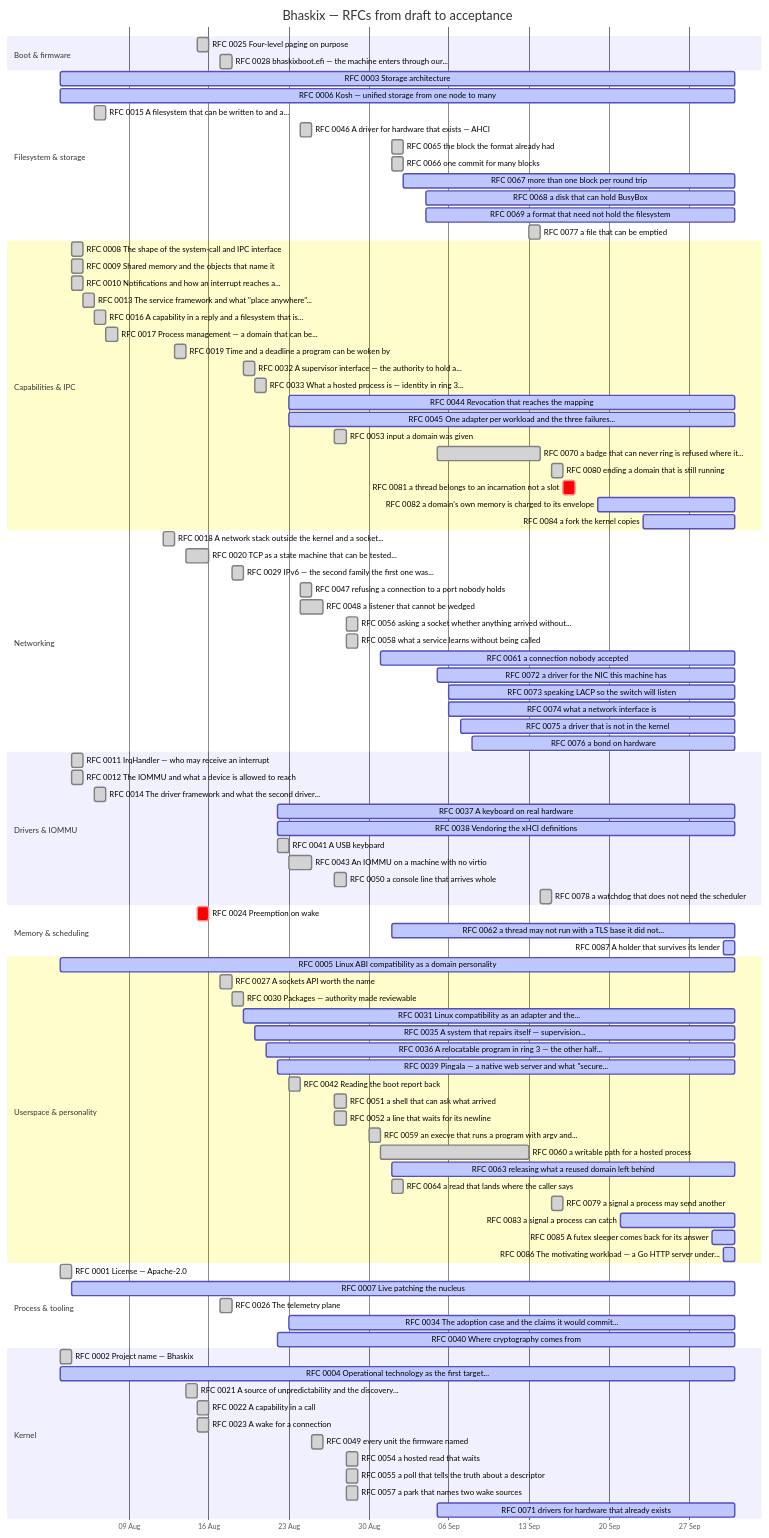
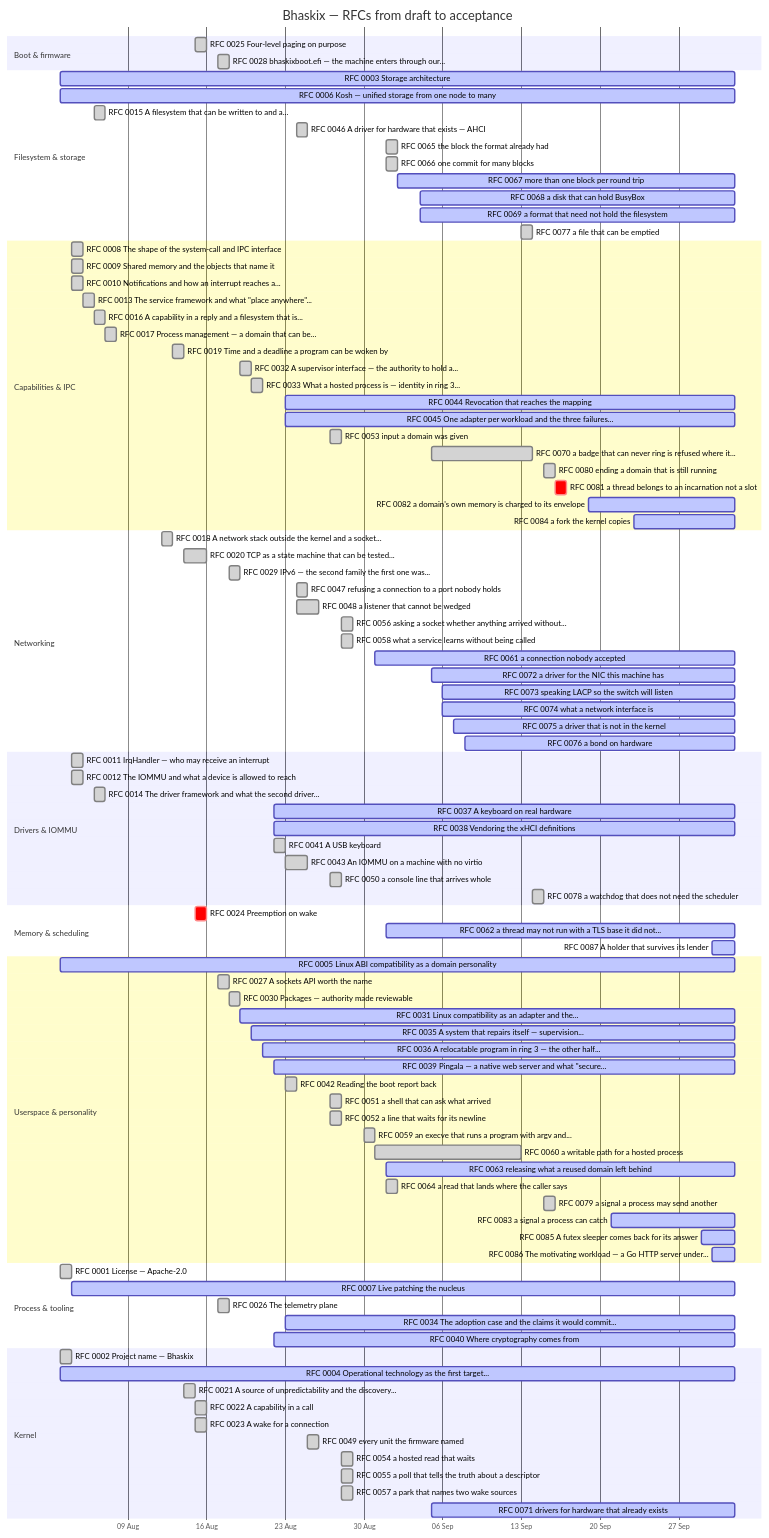
One commit to bhaskix/bhaskix changed the diagram in docs/progress.md. Above: the diagram before and after it, drawn with Mermaid. The commit also changed other lines of this file and 5 other files, not shown here.

First line of the commit message:
kernel: the Go server's calls, counted by number (RFC 0086)

````diff
--- a/docs/progress.md
+++ b/docs/progress.md
@@ -31,15 +31,15 @@
     RFC 0025 Four-level paging on purpose :done, r0025, 2026-08-15, 2026-08-16
     RFC 0028 bhaskixboot.efi — the machine enters through our... :done, r0028, 2026-08-17, 2026-08-18
     section Filesystem & storage
-    RFC 0003 Storage architecture :active, r0003, 2026-08-03, 2026-10-01
-    RFC 0006 Kosh — unified storage from one node to many :active, r0006, 2026-08-03, 2026-10-01
+    RFC 0003 Storage architecture :active, r0003, 2026-08-03, 2026-10-02
+    RFC 0006 Kosh — unified storage from one node to many :active, r0006, 2026-08-03, 2026-10-02
     RFC 0015 A filesystem that can be written to and a... :done, r0015, 2026-08-06, 1d
     RFC 0046 A driver for hardware that exists — AHCI :done, r0046, 2026-08-24, 1d
     RFC 0065 the block the format already had :done, r0065, 2026-09-01, 1d
     RFC 0066 one commit for many blocks :done, r0066, 2026-09-01, 1d
-    RFC 0067 more than one block per round trip :active, r0067, 2026-09-02, 2026-10-01
-    RFC 0068 a disk that can hold BusyBox :active, r0068, 2026-09-04, 2026-10-01
-    RFC 0069 a format that need not hold the filesystem :active, r0069, 2026-09-04, 2026-10-01
+    RFC 0067 more than one block per round trip :active, r0067, 2026-09-02, 2026-10-02
+    RFC 0068 a disk that can hold BusyBox :active, r0068, 2026-09-04, 2026-10-02
+    RFC 0069 a format that need not hold the filesystem :active, r0069, 2026-09-04, 2026-10-02
     RFC 0077 a file that can be emptied :done, r0077, 2026-09-13, 1d
     section Capabilities & IPC
     RFC 0008 The shape of the system-call and IPC interface :done, r0008, 2026-08-04, 1d
@@ -51,14 +51,14 @@
     RFC 0019 Time and a deadline a program can be woken by :done, r0019, 2026-08-13, 2026-08-14
     RFC 0032 A supervisor interface — the authority to hold a... :done, r0032, 2026-08-19, 2026-08-20
     RFC 0033 What a hosted process is — identity in ring 3... :done, r0033, 2026-08-20, 1d
-    RFC 0044 Revocation that reaches the mapping :active, r0044, 2026-08-23, 2026-10-01
-    RFC 0045 One adapter per workload and the three failures... :active, r0045, 2026-08-23, 2026-10-01
+    RFC 0044 Revocation that reaches the mapping :active, r0044, 2026-08-23, 2026-10-02
+    RFC 0045 One adapter per workload and the three failures... :active, r0045, 2026-08-23, 2026-10-02
     RFC 0053 input a domain was given :done, r0053, 2026-08-27, 1d
     RFC 0070 a badge that can never ring is refused where it... :done, r0070, 2026-09-05, 2026-09-14
     RFC 0080 ending a domain that is still running :done, r0080, 2026-09-15, 1d
     RFC 0081 a thread belongs to an incarnation not a slot :crit, r0081, 2026-09-16, 1d
-    RFC 0082 a domain's own memory is charged to its envelope :active, r0082, 2026-09-19, 2026-10-01
-    RFC 0084 a fork the kernel copies :active, r0084, 2026-09-23, 2026-10-01
+    RFC 0082 a domain's own memory is charged to its envelope :active, r0082, 2026-09-19, 2026-10-02
+    RFC 0084 a fork the kernel copies :active, r0084, 2026-09-23, 2026-10-02
     section Networking
     RFC 0018 A network stack outside the kernel and a socket... :done, r0018, 2026-08-12, 2026-08-13
     RFC 0020 TCP as a state machine that can be tested... :done, r0020, 2026-08-14, 2026-08-16
@@ -67,54 +67,54 @@
     RFC 0048 a listener that cannot be wedged :done, r0048, 2026-08-24, 2026-08-26
     RFC 0056 asking a socket whether anything arrived without... :done, r0056, 2026-08-28, 1d
     RFC 0058 what a service learns without being called :done, r0058, 2026-08-28, 1d
-    RFC 0061 a connection nobody accepted :active, r0061, 2026-08-31, 2026-10-01
-    RFC 0072 a driver for the NIC this machine has :active, r0072, 2026-09-05, 2026-10-01
-    RFC 0073 speaking LACP so the switch will listen :active, r0073, 2026-09-06, 2026-10-01
-    RFC 0074 what a network interface is :active, r0074, 2026-09-06, 2026-10-01
-    RFC 0075 a driver that is not in the kernel :active, r0075, 2026-09-07, 2026-10-01
-    RFC 0076 a bond on hardware :active, r0076, 2026-09-08, 2026-10-01
+    RFC 0061 a connection nobody accepted :active, r0061, 2026-08-31, 2026-10-02
+    RFC 0072 a driver for the NIC this machine has :active, r0072, 2026-09-05, 2026-10-02
+    RFC 0073 speaking LACP so the switch will listen :active, r0073, 2026-09-06, 2026-10-02
+    RFC 0074 what a network interface is :active, r0074, 2026-09-06, 2026-10-02
+    RFC 0075 a driver that is not in the kernel :active, r0075, 2026-09-07, 2026-10-02
+    RFC 0076 a bond on hardware :active, r0076, 2026-09-08, 2026-10-02
     section Drivers & IOMMU
     RFC 0011 IrqHandler — who may receive an interrupt :done, r0011, 2026-08-04, 1d
     RFC 0012 The IOMMU and what a device is allowed to reach :done, r0012, 2026-08-04, 1d
     RFC 0014 The driver framework and what the second driver... :done, r0014, 2026-08-06, 1d
-    RFC 0037 A keyboard on real hardware :active, r0037, 2026-08-22, 2026-10-01
-    RFC 0038 Vendoring the xHCI definitions :active, r0038, 2026-08-22, 2026-10-01
+    RFC 0037 A keyboard on real hardware :active, r0037, 2026-08-22, 2026-10-02
+    RFC 0038 Vendoring the xHCI definitions :active, r0038, 2026-08-22, 2026-10-02
     RFC 0041 A USB keyboard :done, r0041, 2026-08-22, 2026-08-23
     RFC 0043 An IOMMU on a machine with no virtio :done, r0043, 2026-08-23, 2026-08-25
     RFC 0050 a console line that arrives whole :done, r0050, 2026-08-27, 1d
     RFC 0078 a watchdog that does not need the scheduler :done, r0078, 2026-09-14, 2026-09-15
     section Memory & scheduling
     RFC 0024 Preemption on wake :crit, r0024, 2026-08-15, 1d
-    RFC 0062 a thread may not run with a TLS base it did not... :active, r0062, 2026-09-01, 2026-10-01
-    RFC 0087 A holder that survives its lender :active, r0087, 2026-09-30, 2026-10-01
+    RFC 0062 a thread may not run with a TLS base it did not... :active, r0062, 2026-09-01, 2026-10-02
+    RFC 0087 A holder that survives its lender :active, r0087, 2026-09-30, 2026-10-02
     section Userspace & personality
-    RFC 0005 Linux ABI compatibility as a domain personality :active, r0005, 2026-08-03, 2026-10-01
+    RFC 0005 Linux ABI compatibility as a domain personality :active, r0005, 2026-08-03, 2026-10-02
     RFC 0027 A sockets API worth the name :done, r0027, 2026-08-17, 1d
     RFC 0030 Packages — authority made reviewable :done, r0030, 2026-08-18, 2026-08-19
-    RFC 0031 Linux compatibility as an adapter and the... :active, r0031, 2026-08-19, 2026-10-01
-    RFC 0035 A system that repairs itself — supervision... :active, r0035, 2026-08-20, 2026-10-01
-    RFC 0036 A relocatable program in ring 3 — the other half... :active, r0036, 2026-08-21, 2026-10-01
-    RFC 0039 Pingala — a native web server and what "secure... :active, r0039, 2026-08-22, 2026-10-01
+    RFC 0031 Linux compatibility as an adapter and the... :active, r0031, 2026-08-19, 2026-10-02
+    RFC 0035 A system that repairs itself — supervision... :active, r0035, 2026-08-20, 2026-10-02
+    RFC 0036 A relocatable program in ring 3 — the other half... :active, r0036, 2026-08-21, 2026-10-02
+    RFC 0039 Pingala — a native web server and what "secure... :active, r0039, 2026-08-22, 2026-10-02
     RFC 0042 Reading the boot report back :done, r0042, 2026-08-23, 1d
     RFC 0051 a shell that can ask what arrived :done, r0051, 2026-08-27, 1d
     RFC 0052 a line that waits for its newline :done, r0052, 2026-08-27, 1d
     RFC 0059 an execve that runs a program with argv and... :done, r0059, 2026-08-30, 1d
     RFC 0060 a writable path for a hosted process :done, r0060, 2026-08-31, 2026-09-13
-    RFC 0063 releasing what a reused domain left behind :active, r0063, 2026-09-01, 2026-10-01
+    RFC 0063 releasing what a reused domain left behind :active, r0063, 2026-09-01, 2026-10-02
     RFC 0064 a read that lands where the caller says :done, r0064, 2026-09-01, 1d
     RFC 0079 a signal a process may send another :done, r0079, 2026-09-15, 1d
-    RFC 0083 a signal a process can catch :active, r0083, 2026-09-21, 2026-10-01
-    RFC 0085 A futex sleeper comes back for its answer :active, r0085, 2026-09-29, 2026-10-01
-    RFC 0086 The motivating workload — a Go HTTP server under... :active, r0086, 2026-09-30, 2026-10-01
+    RFC 0083 a signal a process can catch :active, r0083, 2026-09-21, 2026-10-02
+    RFC 0085 A futex sleeper comes back for its answer :active, r0085, 2026-09-29, 2026-10-02
+    RFC 0086 The motivating workload — a Go HTTP server under... :active, r0086, 2026-09-30, 2026-10-02
     section Process & tooling
     RFC 0001 License — Apache-2.0 :done, r0001, 2026-08-03, 1d
-    RFC 0007 Live patching the nucleus :active, r0007, 2026-08-04, 2026-10-01
+    RFC 0007 Live patching the nucleus :active, r0007, 2026-08-04, 2026-10-02
     RFC 0026 The telemetry plane :done, r0026, 2026-08-17, 1d
-    RFC 0034 The adoption case and the claims it would commit... :active, r0034, 2026-08-23, 2026-10-01
-    RFC 0040 Where cryptography comes from :active, r0040, 2026-08-22, 2026-10-01
+    RFC 0034 The adoption case and the claims it would commit... :active, r0034, 2026-08-23, 2026-10-02
+    RFC 0040 Where cryptography comes from :active, r0040, 2026-08-22, 2026-10-02
     section Kernel
     RFC 0002 Project name — Bhaskix :done, r0002, 2026-08-03, 1d
-    RFC 0004 Operational technology as the first target... :active, r0004, 2026-08-03, 2026-10-01
+    RFC 0004 Operational technology as the first target... :active, r0004, 2026-08-03, 2026-10-02
     RFC 0021 A source of unpredictability and the discovery... :done, r0021, 2026-08-14, 1d
     RFC 0022 A capability in a call :done, r0022, 2026-08-15, 2026-08-16
     RFC 0023 A wake for a connection :done, r0023, 2026-08-15, 2026-08-16
@@ -122,5 +122,5 @@
     RFC 0054 a hosted read that waits :done, r0054, 2026-08-28, 1d
     RFC 0055 a poll that tells the truth about a descriptor :done, r0055, 2026-08-28, 1d
     RFC 0057 a park that names two wake sources :done, r0057, 2026-08-28, 1d
-    RFC 0071 drivers for hardware that already exists :active, r0071, 2026-09-05, 2026-10-01
+    RFC 0071 drivers for hardware that already exists :active, r0071, 2026-09-05, 2026-10-02
 ```
````
